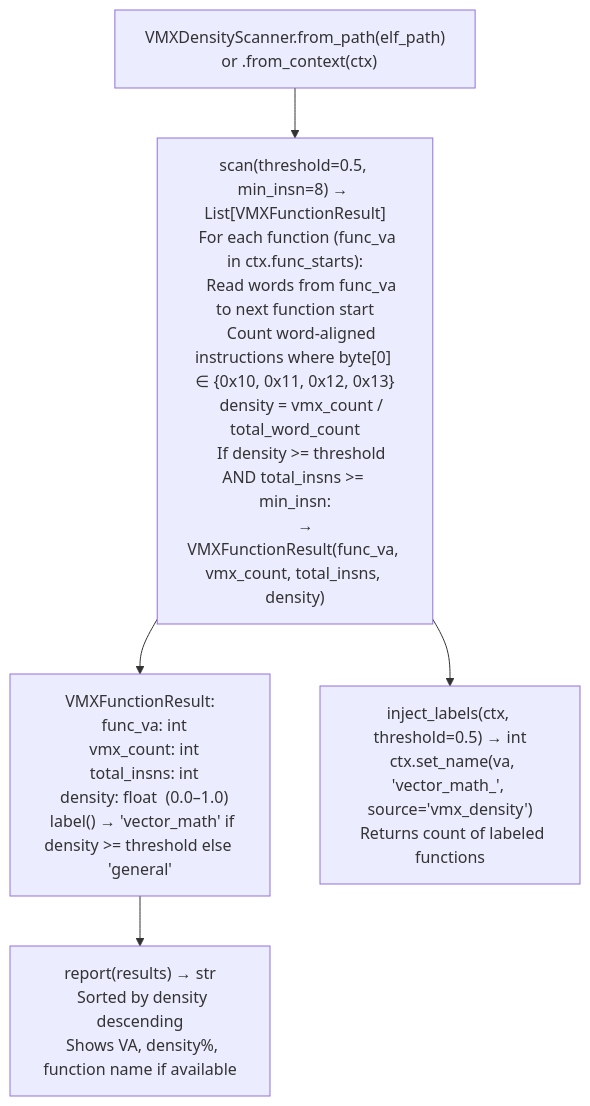
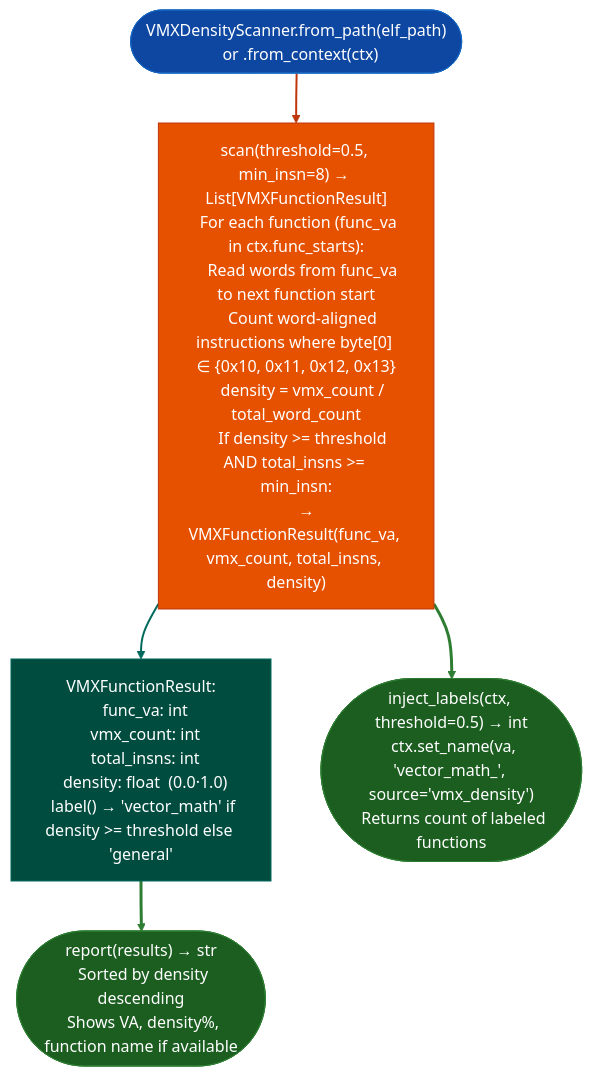
The diagram in docs/reference-modules/vmx-altivec-density-ranking.md (Ablation-Tool/ablation), drawn with Mermaid before and after one commit. The commit also changed 320 other files, not shown here.

First line of the commit message:
docs: apply canonical Mermaid template to all 321 diagrams

````diff
--- a/docs/reference-modules/vmx-altivec-density-ranking.md
+++ b/docs/reference-modules/vmx-altivec-density-ranking.md
@@ -19,7 +19,17 @@
 ```mermaid
 flowchart TD
-    A["VMXDensityScanner.from_path(elf_path)\n  or .from_context(ctx)"] --> B["scan(threshold=0.5, min_insn=8) → List[VMXFunctionResult]\n  For each function (func_va in ctx.func_starts):\n    Read words from func_va to next function start\n    Count word-aligned instructions where byte[0] ∈ {0x10, 0x11, 0x12, 0x13}\n    density = vmx_count / total_word_count\n    If density >= threshold AND total_insns >= min_insn:\n      → VMXFunctionResult(func_va, vmx_count, total_insns, density)"]
-    B --> C["VMXFunctionResult:\n  func_va: int\n  vmx_count: int\n  total_insns: int\n  density: float  (0.0–1.0)\n  label() → 'vector_math' if density >= threshold else 'general'"]
-    C --> D["report(results) → str\n  Sorted by density descending\n  Shows VA, density%, function name if available"]
-    B --> E["inject_labels(ctx, threshold=0.5) → int\n  ctx.set_name(va, 'vector_math_<va>', source='vmx_density')\n  Returns count of labeled functions"]
+    A(["VMXDensityScanner.from_path(elf_path)\n  or .from_context(ctx)"]):::input --> B["scan(threshold=0.5, min_insn=8) → List[VMXFunctionResult]\n  For each function (func_va in ctx.func_starts):\n    Read words from func_va to next function start\n    Count word-aligned instructions where byte[0] ∈ {0x10, 0x11, 0x12, 0x13}\n    density = vmx_count / total_word_count\n    If density >= threshold AND total_insns >= min_insn:\n      → VMXFunctionResult(func_va, vmx_count, total_insns, density)"]:::primary
+    B:::primary --> C["VMXFunctionResult:\n  func_va: int\n  vmx_count: int\n  total_insns: int\n  density: float  (0.0·1.0)\n  label() → 'vector_math' if density >= threshold else 'general'"]:::secondary
+    C:::secondary --> D(["report(results) → str\n  Sorted by density descending\n  Shows VA, density%, function name if available"]):::output
+    B:::primary --> E(["inject_labels(ctx, threshold=0.5) → int\n  ctx.set_name(va, 'vector_math_<va>', source='vmx_density')\n  Returns count of labeled functions"]):::output
+    classDef input     fill:#0d47a1,stroke:#1565c0,color:#fff
+    classDef primary   fill:#e65100,stroke:#bf360c,color:#fff
+    classDef secondary fill:#004d40,stroke:#00695c,color:#fff
+    classDef tertiary  fill:#4a148c,stroke:#6a1b9a,color:#fff
+    classDef neutral   fill:#37474f,stroke:#546e7a,color:#fff
+    classDef output    fill:#1b5e20,stroke:#2e7d32,color:#fff
+    linkStyle 0 stroke:#bf360c,stroke-width:2px
+    linkStyle 1 stroke:#00695c,stroke-width:2px
+    linkStyle 2 stroke:#2e7d32,stroke-width:3px
+    linkStyle 3 stroke:#2e7d32,stroke-width:3px
 ```
````
